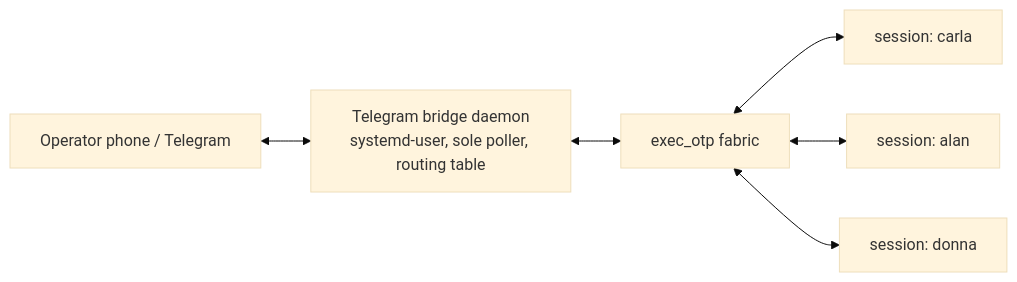
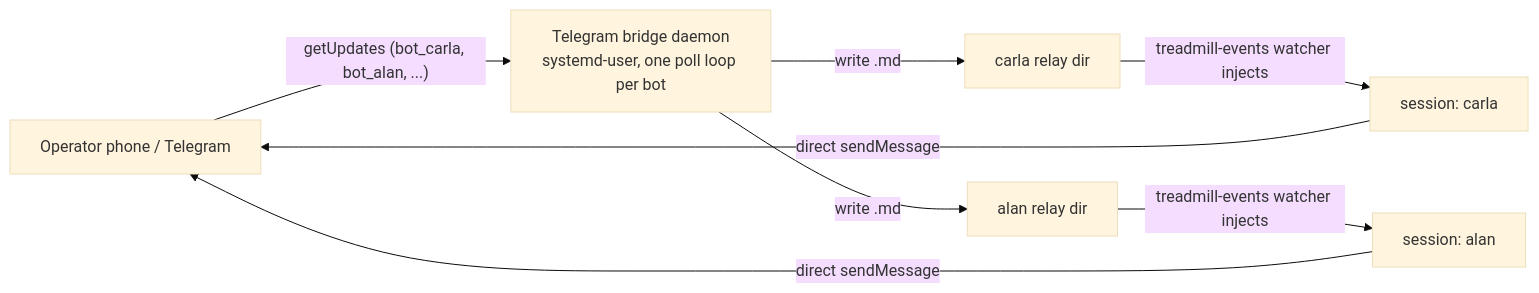
One commit to joeLepper/treadmill changed the diagram in docs/adrs/0106-persistent-telegram-bridge-daemon.md. Above: the diagram before and after it, drawn with Mermaid (base theme). The commit also changed other lines of this file and 17 other files, not shown here.

````diff
--- a/docs/adrs/0106-persistent-telegram-bridge-daemon.md
+++ b/docs/adrs/0106-persistent-telegram-bridge-daemon.md
@@ -103,8 +131,10 @@
 ```mermaid
 flowchart LR
-    Phone[Operator phone / Telegram] <--> Daemon[Telegram bridge daemon\nsystemd-user, sole poller, routing table]
-    Daemon <--> Fabric[exec_otp fabric]
-    Fabric <--> S1[session: carla]
-    Fabric <--> S2[session: alan]
-    Fabric <--> S3[session: donna]
+    Phone[Operator phone / Telegram] -- "getUpdates (bot_carla, bot_alan, ...)" --> Daemon[Telegram bridge daemon\nsystemd-user, one poll loop per bot]
+    Daemon -- "write .md" --> R1[carla relay dir]
+    Daemon -- "write .md" --> R2[alan relay dir]
+    R1 -- "treadmill-events watcher injects" --> S1[session: carla]
+    R2 -- "treadmill-events watcher injects" --> S2[session: alan]
+    S1 -- "direct sendMessage" --> Phone
+    S2 -- "direct sendMessage" --> Phone
 ```
````
